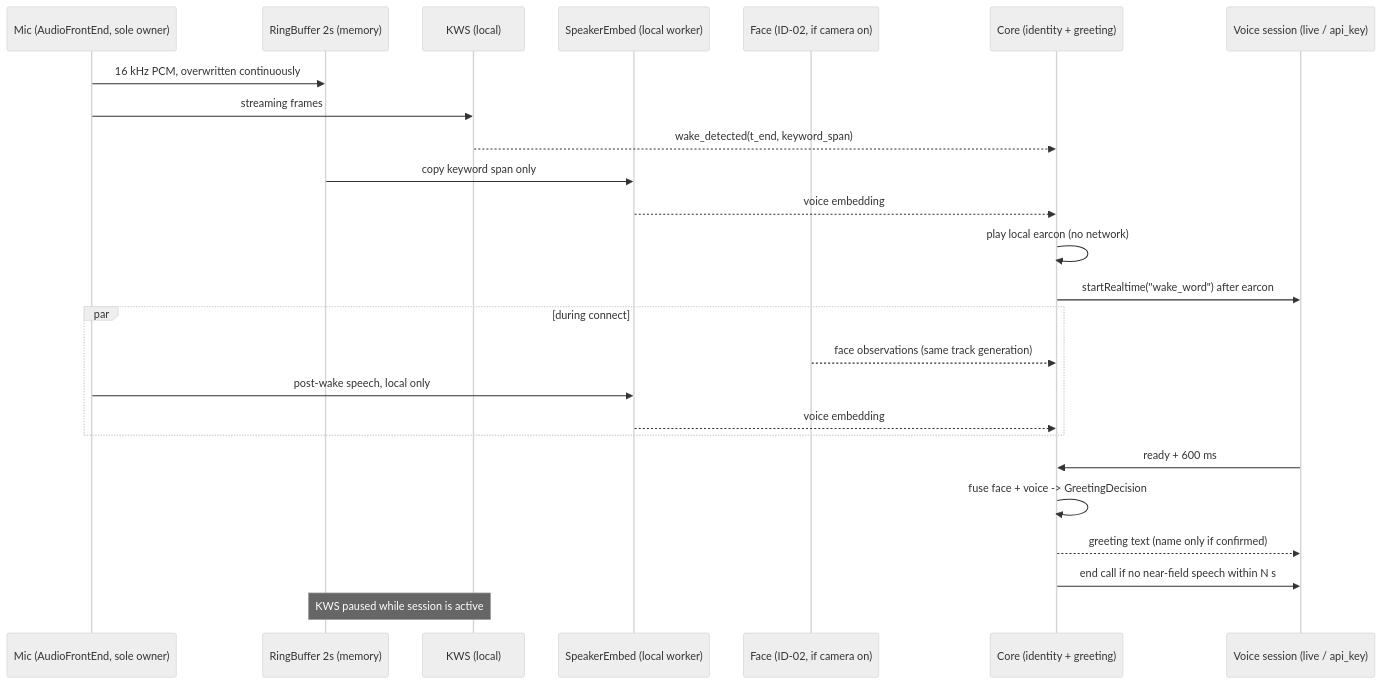
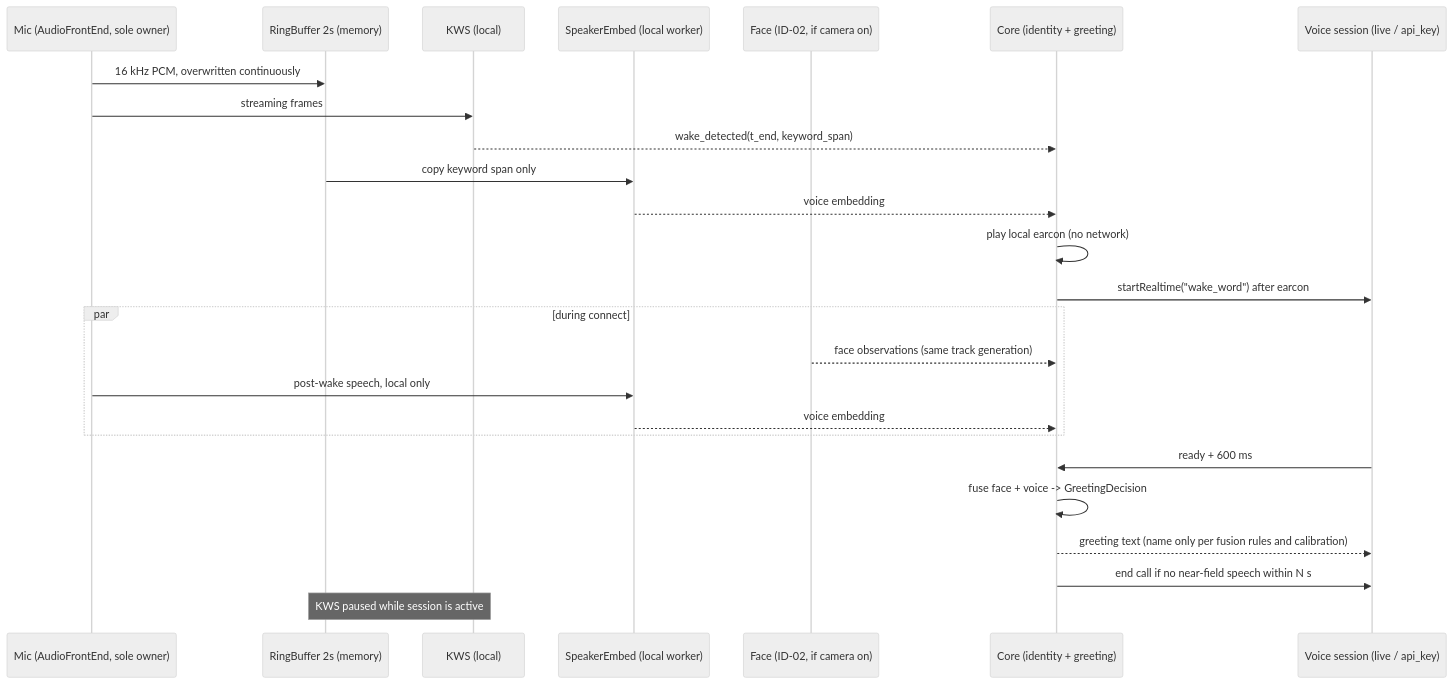
The diagram in docs/17_Wake_Word_and_Speaker_Recognition_Plan_2026-10.en.md (pcpcchen-coder/AIOS), drawn with Mermaid (neutral theme) before and after one commit. The commit also changed other lines of this file and 10 other files, not shown here.

````diff
--- a/docs/17_Wake_Word_and_Speaker_Recognition_Plan_2026-10.en.md
+++ b/docs/17_Wake_Word_and_Speaker_Recognition_Plan_2026-10.en.md
@@ -106,27 +106,27 @@
 ```mermaid
 sequenceDiagram
     participant M as Mic (AudioFrontEnd, sole owner)
     participant R as RingBuffer 2s (memory)
     participant K as KWS (local)
     participant S as SpeakerEmbed (local worker)
     participant F as Face (ID-02, if camera on)
     participant C as Core (identity + greeting)
     participant V as Voice session (live / api_key)
     M->>R: 16 kHz PCM, overwritten continuously
     M->>K: streaming frames
     K-->>C: wake_detected(t_end, keyword_span)
     R->>S: copy keyword span only
     S-->>C: voice embedding #1 (no audio)
     C->>C: play local earcon (no network)
     C->>V: startRealtime("wake_word") after earcon
     par during connect
         F-->>C: face observations (same track generation)
         M->>S: post-wake speech, local only
         S-->>C: voice embedding #2..n
     end
     V->>C: ready + 600 ms
     C->>C: fuse face + voice -> GreetingDecision
-    C-->>V: greeting text (name only if confirmed)
+    C-->>V: greeting text (name only per fusion rules and calibration)
     C->>V: end call if no near-field speech within N s
     Note over R,K: KWS paused while session is active
 ```
````
